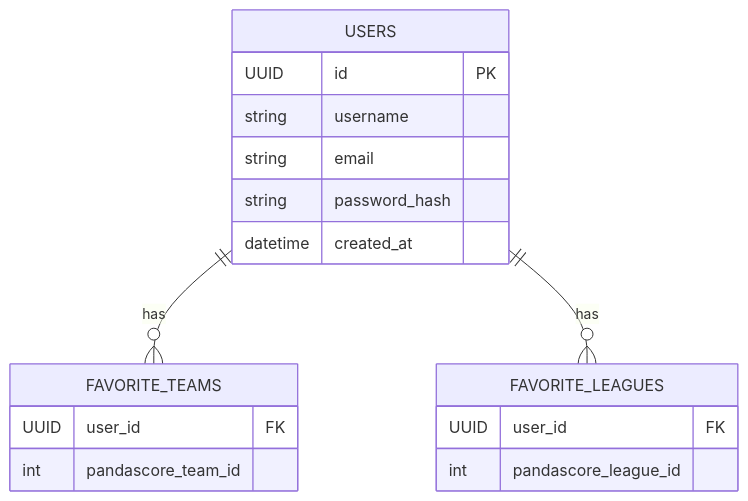
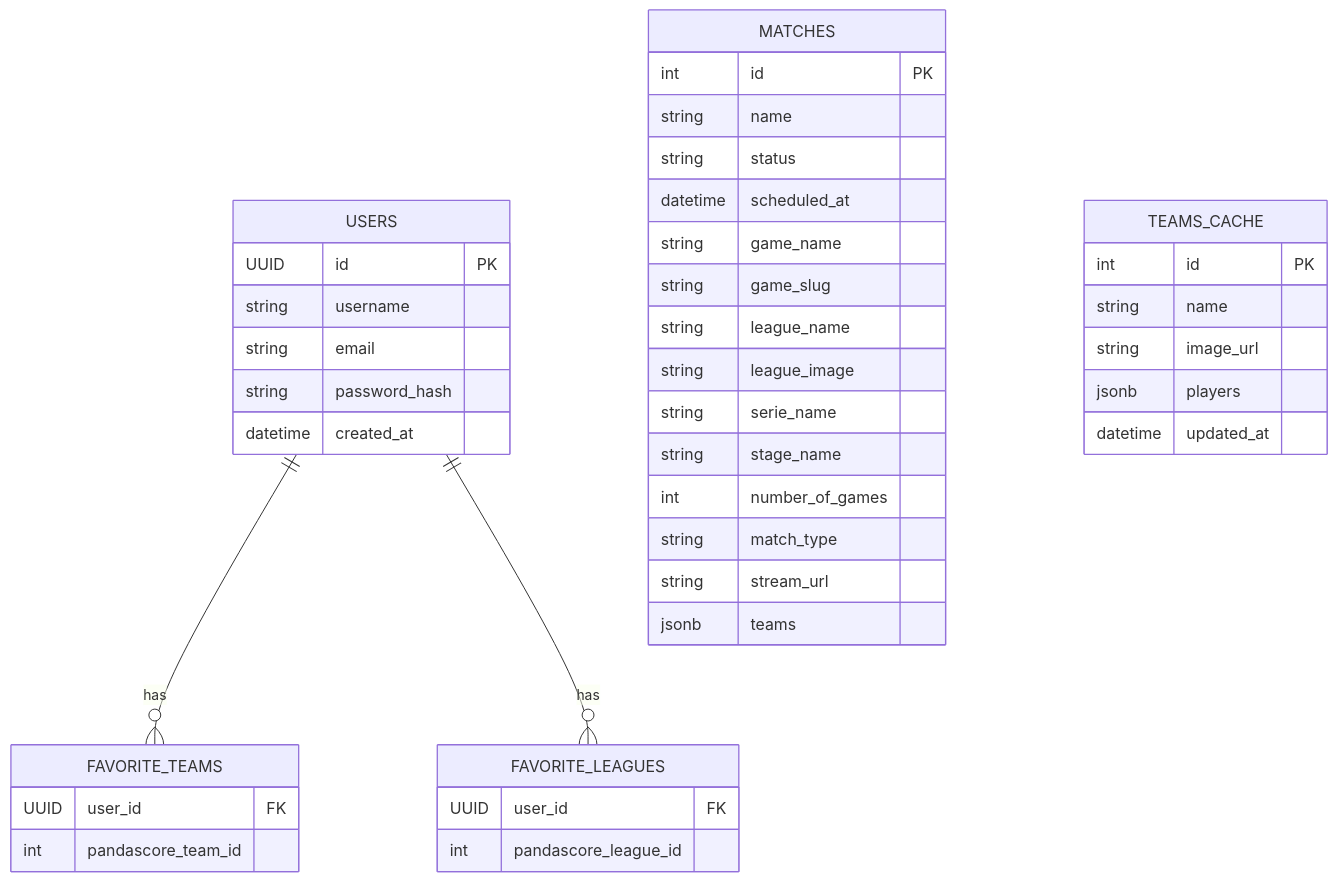
The second of 4 diagrams in docs/Stage_3.md (add1ktion/eSportCal), drawn with Mermaid before and after one commit. The commit also changed other lines of this file, not shown here.

Commit message:
docs: update Stage 3 schema design to document matches and teams caching system

````diff
--- a/docs/Stage_3.md
+++ b/docs/Stage_3.md
@@ -89,23 +89,48 @@
 ```mermaid
 erDiagram
     USERS {
         UUID id PK
         string username
         string email
         string password_hash
         datetime created_at
     }
     
     FAVORITE_TEAMS {
         UUID user_id FK
         int pandascore_team_id
     }
 
     FAVORITE_LEAGUES {
         UUID user_id FK
         int pandascore_league_id
     }
 
+    MATCHES {
+        int id PK
+        string name
+        string status
+        datetime scheduled_at
+        string game_name
+        string game_slug
+        string league_name
+        string league_image
+        string serie_name
+        string stage_name
+        int number_of_games
+        string match_type
+        string stream_url
+        jsonb teams
+    }
+
+    TEAMS_CACHE {
+        int id PK
+        string name
+        string image_url
+        jsonb players
+        datetime updated_at
+    }
+
     USERS ||--o{ FAVORITE_TEAMS : "has"
     USERS ||--o{ FAVORITE_LEAGUES : "has"
 ```
````
